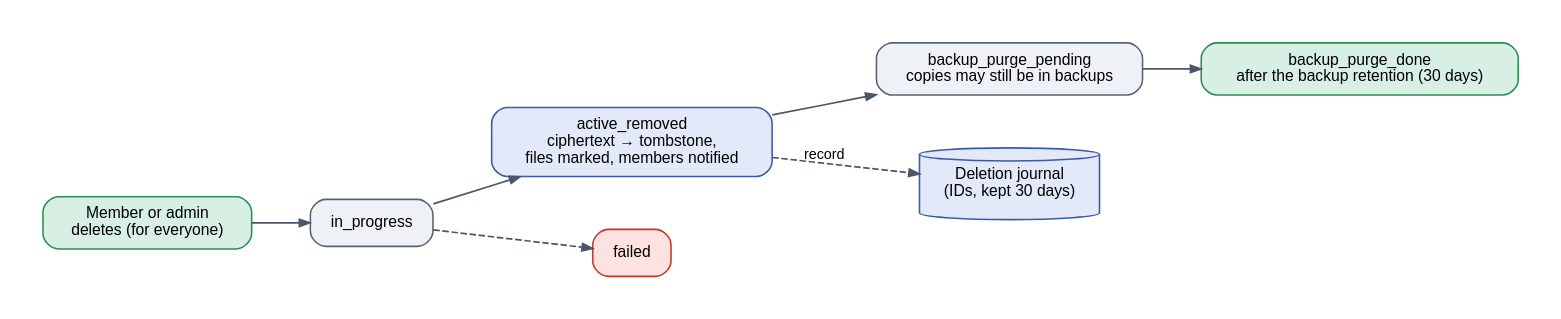
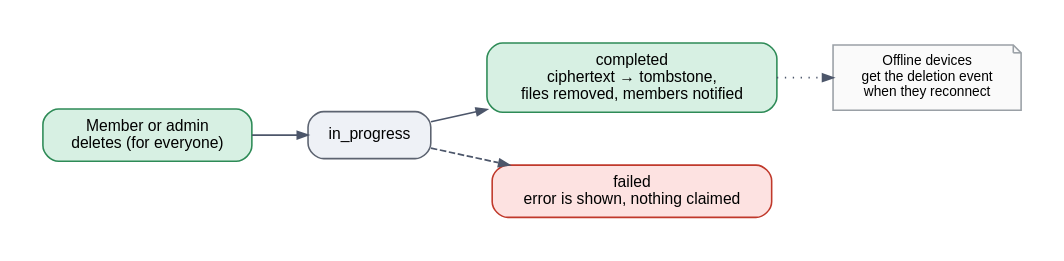
One commit to KsmBl/selfhosted-secure-messenger changed the diagram in docs/diagrams/deletion.dot. Above: the diagram before and after it, drawn with Graphviz. The commit also changed 34 other files, not shown here.

```diff
--- a/docs/diagrams/deletion.dot
+++ b/docs/diagrams/deletion.dot
@@ -1,16 +1,14 @@
 digraph G {
   graph [bgcolor="white", pad="0.35", nodesep="0.55", ranksep="0.6", fontname="Helvetica", fontsize=12 , rankdir=LR];
   node  [fontname="Helvetica", fontsize=12, shape=box, style="rounded,filled", color="#5c6370", penwidth=1.2, fillcolor="#eef1f6", margin="0.18,0.10"];
   edge  [fontname="Helvetica", fontsize=11, color="#4c566a", penwidth=1.3, arrowsize=0.8];
 
   req [label="Member or admin\ndeletes (for everyone)", fillcolor="#d7f0e3", color="#2e8b57"];
   prog [label="in_progress"];
-  act [label="active_removed\nciphertext → tombstone,\nfiles marked, members notified", fillcolor="#e3e9f8", color="#3b5ba5"];
-  pend [label="backup_purge_pending\ncopies may still be in backups"];
-  done [label="backup_purge_done\nafter the backup retention (30 days)", fillcolor="#d7f0e3", color="#2e8b57"];
-  failed [label="failed", fillcolor="#fde2e1", color="#c0392b"];
-  journal [label="Deletion journal\n(IDs, kept 30 days)", shape=cylinder, fillcolor="#e3e9f8", color="#3b5ba5"];
-  req -> prog -> act -> pend -> done;
+  done [label="completed\nciphertext → tombstone,\nfiles removed, members notified", fillcolor="#d7f0e3", color="#2e8b57"];
+  failed [label="failed\nerror is shown, nothing claimed", fillcolor="#fde2e1", color="#c0392b"];
+  offline [label="Offline devices\nget the deletion event\nwhen they reconnect", shape=note, fillcolor="#fafafa", color="#9aa0a6", fontsize=10.5];
+  req -> prog -> done;
   prog -> failed [style=dashed];
-  act -> journal [label="record", style=dashed];
+  done -> offline [style=dotted];
 }
```
